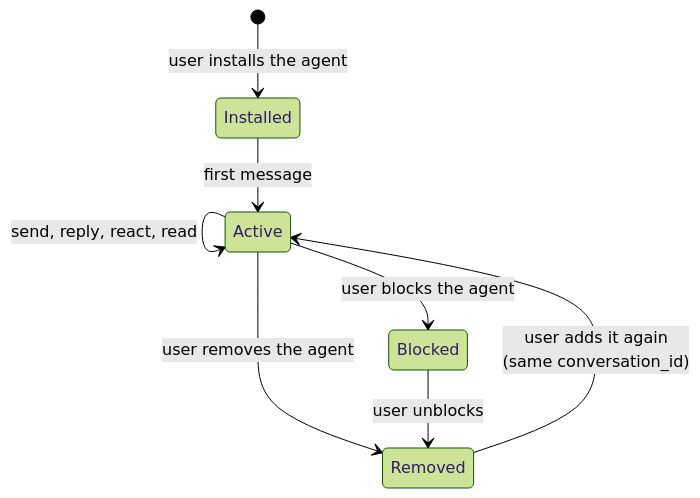
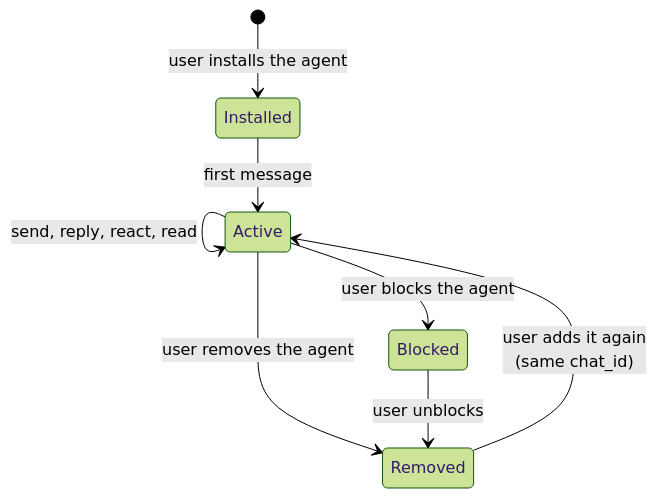
Before and after one commit to RelayMessenger/Relay-Docs: the diagram in guides/conversation-lifecycle.mdx, drawn with Mermaid (forest theme). The commit also changed other lines of this file and 32 other files, not shown here.

````diff
--- a/guides/conversation-lifecycle.mdx
+++ b/guides/conversation-lifecycle.mdx
@@ -9,10 +9,10 @@
 ```mermaid
 stateDiagram-v2
     [*] --> Installed: user installs the agent
     Installed --> Active: first message
     Active --> Active: send, reply, react, read
     Active --> Removed: user removes the agent
     Active --> Blocked: user blocks the agent
-    Removed --> Active: user adds it again<br/>(same conversation_id)
+    Removed --> Active: user adds it again<br/>(same chat_id)
     Blocked --> Removed: user unblocks
 ```
````
